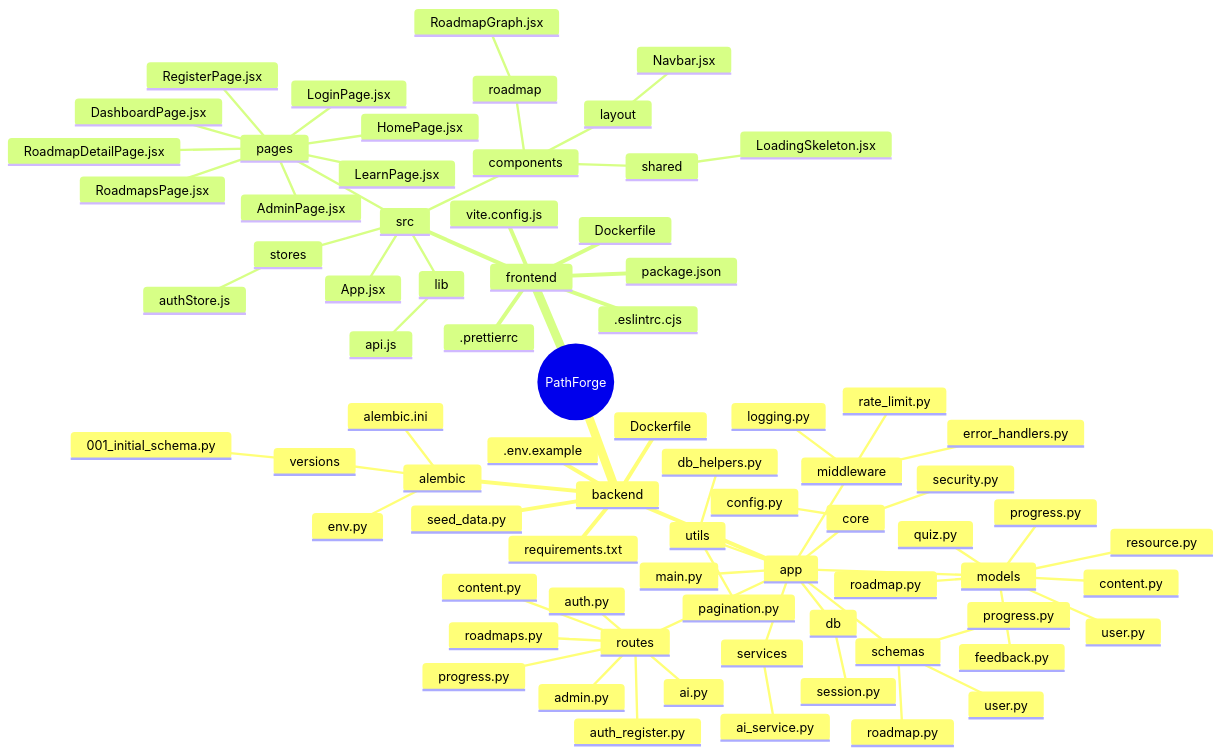
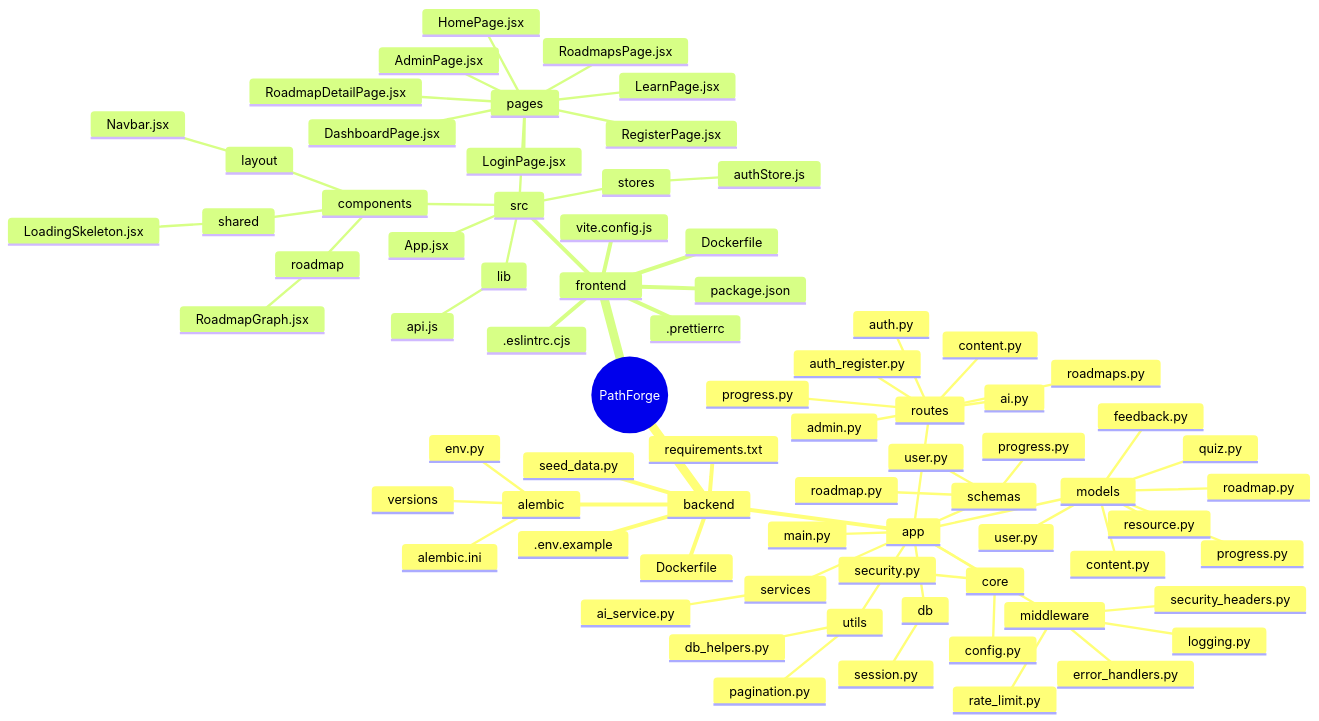
Before and after one commit to learnerforge/Roadmaps-generator: the fourth of 5 diagrams in README.md, drawn with Mermaid. The commit also changed other lines of this file and 22 other files, not shown here.

````diff
--- a/README.md
+++ b/README.md
@@ -707,78 +440,78 @@
 ```mermaid
 mindmap
   root(("PathForge"))
     backend
       app
         core
           config.py
           security.py
         db
           session.py
         middleware
           logging.py
           error_handlers.py
           rate_limit.py
+          security_headers.py
         models
           user.py
           roadmap.py
           progress.py
           content.py
           quiz.py
           resource.py
           feedback.py
         schemas
+          user.py
           roadmap.py
-          user.py
           progress.py
         routes
           auth_register.py
           auth.py
           roadmaps.py
           progress.py
           content.py
           ai.py
           admin.py
         services
           ai_service.py
         utils
           pagination.py
           db_helpers.py
         main.py
       alembic
         env.py
         alembic.ini
         versions
-          001_initial_schema.py
       seed_data.py
       requirements.txt
       Dockerfile
       .env.example
     frontend
       src
         pages
           HomePage.jsx
           RoadmapsPage.jsx
           RoadmapDetailPage.jsx
           LearnPage.jsx
           DashboardPage.jsx
           LoginPage.jsx
           RegisterPage.jsx
           AdminPage.jsx
         components
           layout
             Navbar.jsx
           roadmap
             RoadmapGraph.jsx
           shared
             LoadingSkeleton.jsx
         lib
           api.js
         stores
           authStore.js
         App.jsx
       package.json
       vite.config.js
       Dockerfile
       .eslintrc.cjs
       .prettierrc
 ```
````
